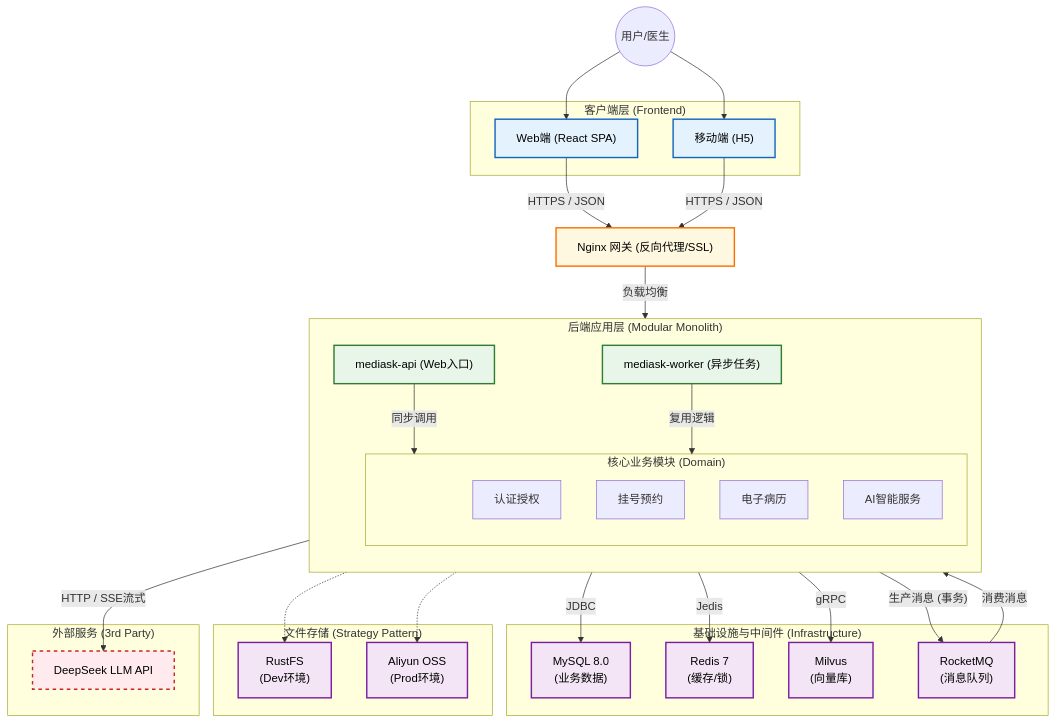
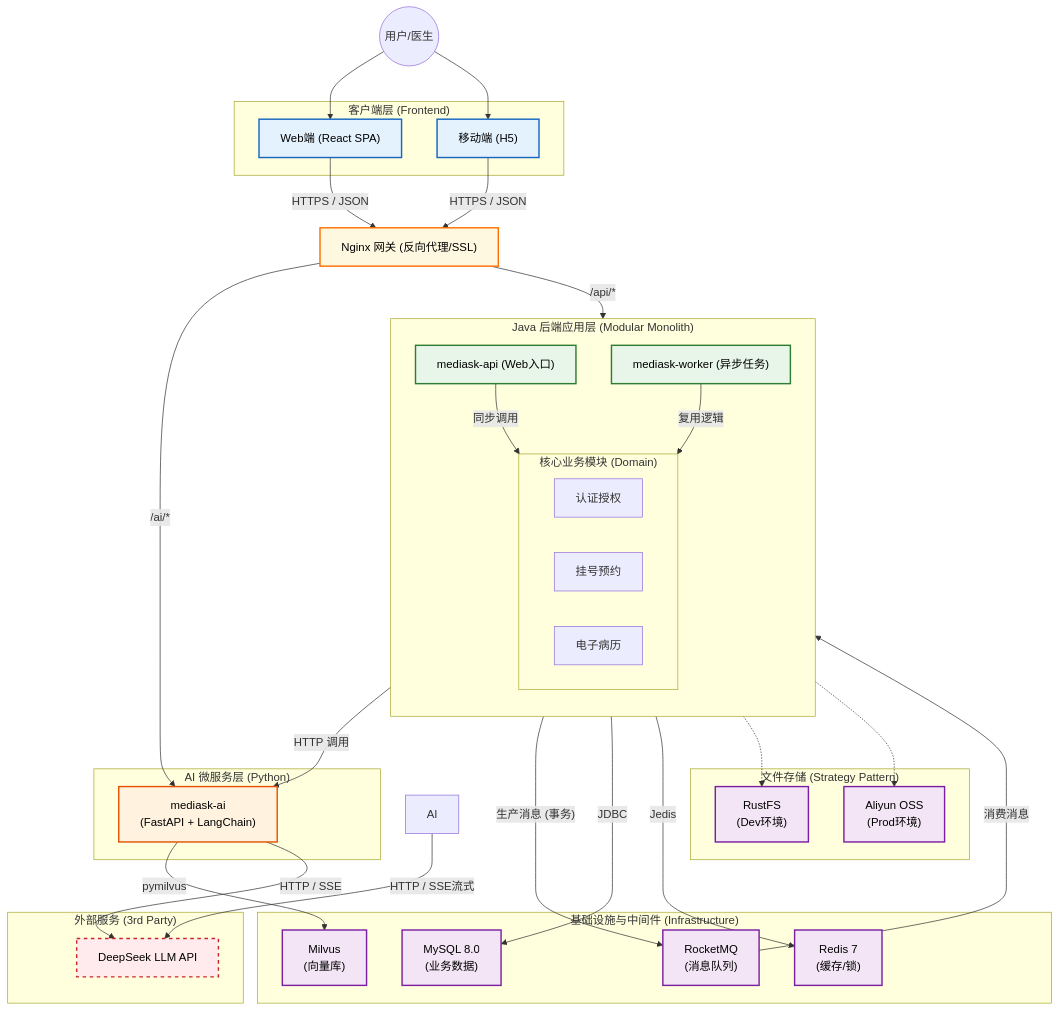
Before and after one commit to JianwenShaw/MediAskDocs: the first of 2 diagrams in docs/01-ARCHITECTURE_OVERVIEW.md, drawn with Mermaid. The commit also changed other lines of this file and 4 other files, not shown here.

Commit message:
docs: update architecture and project plan to include AI microservices and technology stack

````diff
--- a/docs/01-ARCHITECTURE_OVERVIEW.md
+++ b/docs/01-ARCHITECTURE_OVERVIEW.md
@@ -17,67 +17,75 @@
 ```mermaid
 flowchart TB
     %% 样式定义
     classDef client fill:#e3f2fd,stroke:#1565c0,stroke-width:2px,color:#000
     classDef gateway fill:#fff8e1,stroke:#ff6f00,stroke-width:2px,color:#000
     classDef app fill:#e8f5e9,stroke:#2e7d32,stroke-width:2px,color:#000
+    classDef ai fill:#fff3e0,stroke:#e65100,stroke-width:2px,color:#000
     classDef infra fill:#f3e5f5,stroke:#7b1fa2,stroke-width:2px,color:#000
     classDef external fill:#ffebee,stroke:#c62828,stroke-width:2px,stroke-dasharray: 5 5,color:#000
 
     User((用户/医生))
     
     subgraph ClientLayer ["客户端层 (Frontend)"]
         Web["Web端 (React SPA)"]:::client
         H5["移动端 (H5)"]:::client
     end
 
     GW["Nginx 网关 (反向代理/SSL)"]:::gateway
 
-    subgraph BackendLayer ["后端应用层 (Modular Monolith)"]
+    subgraph BackendLayer ["Java 后端应用层 (Modular Monolith)"]
         direction TB
         API["mediask-api (Web入口)"]:::app
         Worker["mediask-worker (异步任务)"]:::app
         
         subgraph Modules ["核心业务模块 (Domain)"]
             Auth[认证授权]
             Appt[挂号预约]
             EMR[电子病历]
-            AI[AI智能服务]
         end
+    end
+
+    subgraph AILayer ["AI 微服务层 (Python)"]
+        AIService["mediask-ai<br/>(FastAPI + LangChain)"]:::ai
     end
 
     subgraph InfraLayer ["基础设施与中间件 (Infrastructure)"]
         MySQL["MySQL 8.0<br/>(业务数据)"]:::infra
         Redis["Redis 7<br/>(缓存/锁)"]:::infra
         Milvus["Milvus<br/>(向量库)"]:::infra
         MQ["RocketMQ<br/>(消息队列)"]:::infra
     end
 
     subgraph StorageLayer ["文件存储 (Strategy Pattern)"]
         RustFS["RustFS<br/>(Dev环境)"]:::infra
         OSS["Aliyun OSS<br/>(Prod环境)"]:::infra
     end
 
     subgraph ExternalLayer ["外部服务 (3rd Party)"]
         DeepSeek["DeepSeek LLM API"]:::external
     end
 
     %% 链路关系
     User --> Web & H5
     Web & H5 -- "HTTPS / JSON" --> GW
-    GW -- "负载均衡" --> API
+    GW -- "/api/*" --> API
+    GW -- "/ai/*" --> AIService
 
     API -- "同步调用" --> Modules
+    API -- "HTTP 调用" --> AIService
     Worker -- "复用逻辑" --> Modules
 
     Modules -- "JDBC" --> MySQL
     Modules -- "Jedis" --> Redis
-    Modules -- "gRPC" --> Milvus
+    AIService -- "pymilvus" --> Milvus
     
     API -- "生产消息 (事务)" --> MQ
     MQ -- "消费消息" --> Worker
 
     Modules -.-> RustFS
     Modules -.-> OSS
+    
+    AIService -- "HTTP / SSE" --> DeepSeek
 
     AI -- "HTTP / SSE流式" --> DeepSeek
 ```
````
